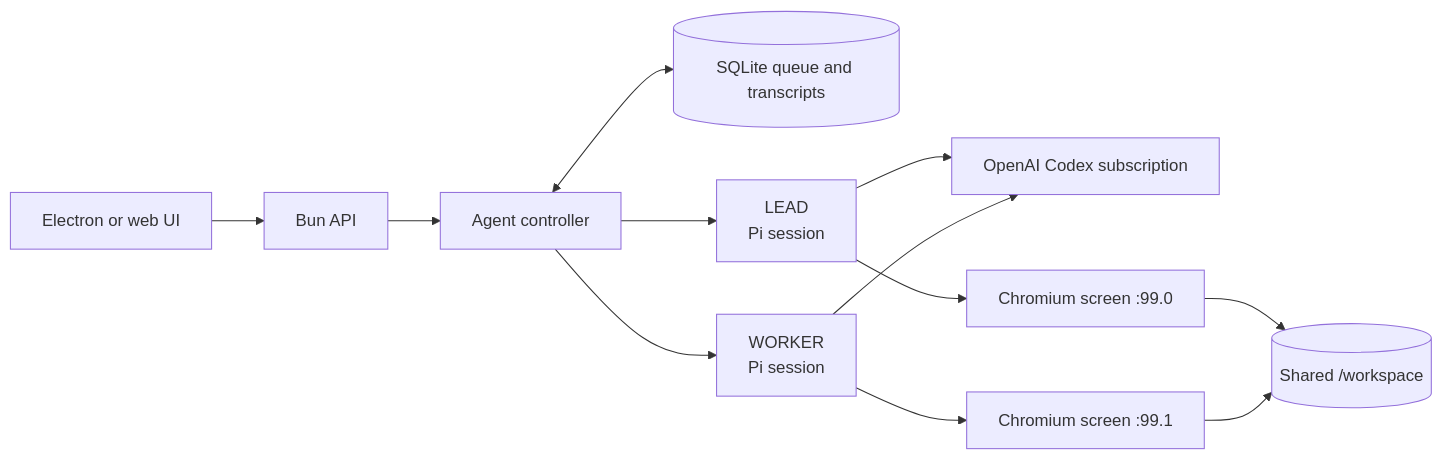
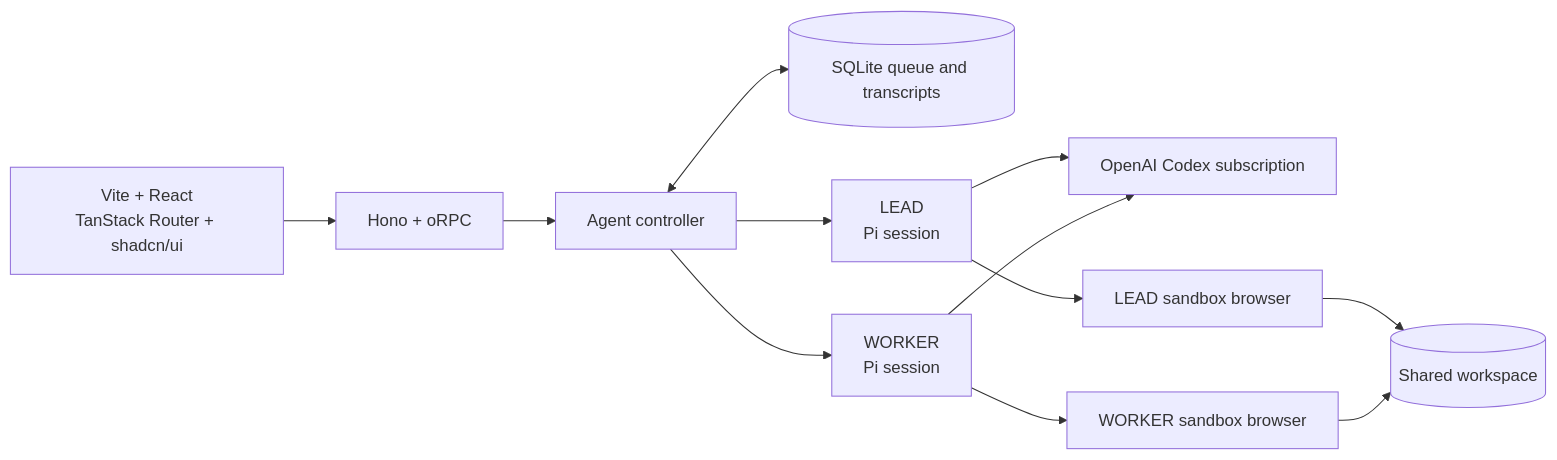
Before and after one commit to simonbalfe/slopbot: the diagram in README.md, drawn with Mermaid. The commit also changed other lines of this file and 36 other files, not shown here.

Commit message:
refactor SlopBot into web-first agent sandbox

````diff
--- a/README.md
+++ b/README.md
@@ -7,12 +7,12 @@
 ```mermaid
 flowchart LR
-  UI["Electron or web UI"] --> API["Bun API"]
+  UI["Vite + React<br/>TanStack Router + shadcn/ui"] --> API["Hono + oRPC"]
   API --> Core["Agent controller"]
   Core <--> Store[("SQLite queue and transcripts")]
   Core --> Lead["LEAD<br/>Pi session"]
   Core --> Worker["WORKER<br/>Pi session"]
   Lead & Worker --> Codex["OpenAI Codex subscription"]
-  Lead --> Screen0["Chromium screen :99.0"]
-  Worker --> Screen1["Chromium screen :99.1"]
-  Screen0 & Screen1 --> Workspace[("Shared /workspace")]
+  Lead --> LeadBrowser["LEAD sandbox browser"]
+  Worker --> WorkerBrowser["WORKER sandbox browser"]
+  LeadBrowser & WorkerBrowser --> Workspace[("Shared workspace")]
 ```
````
